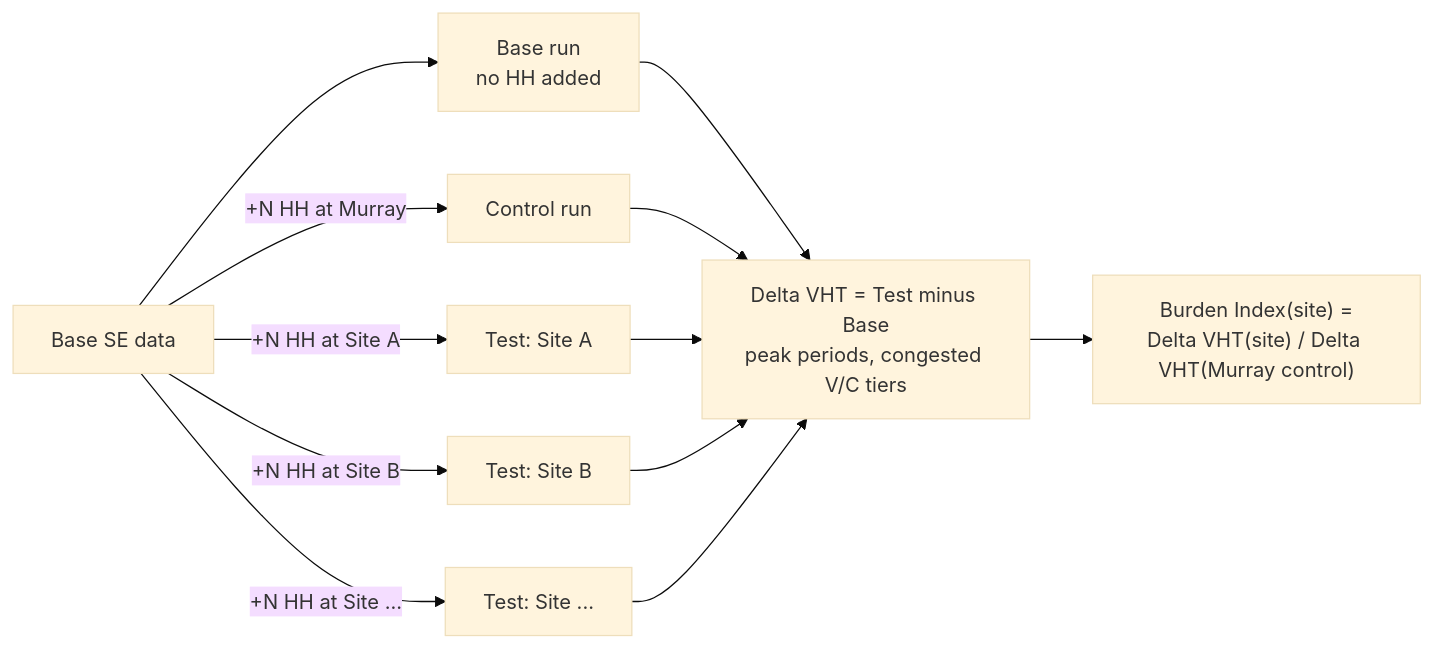
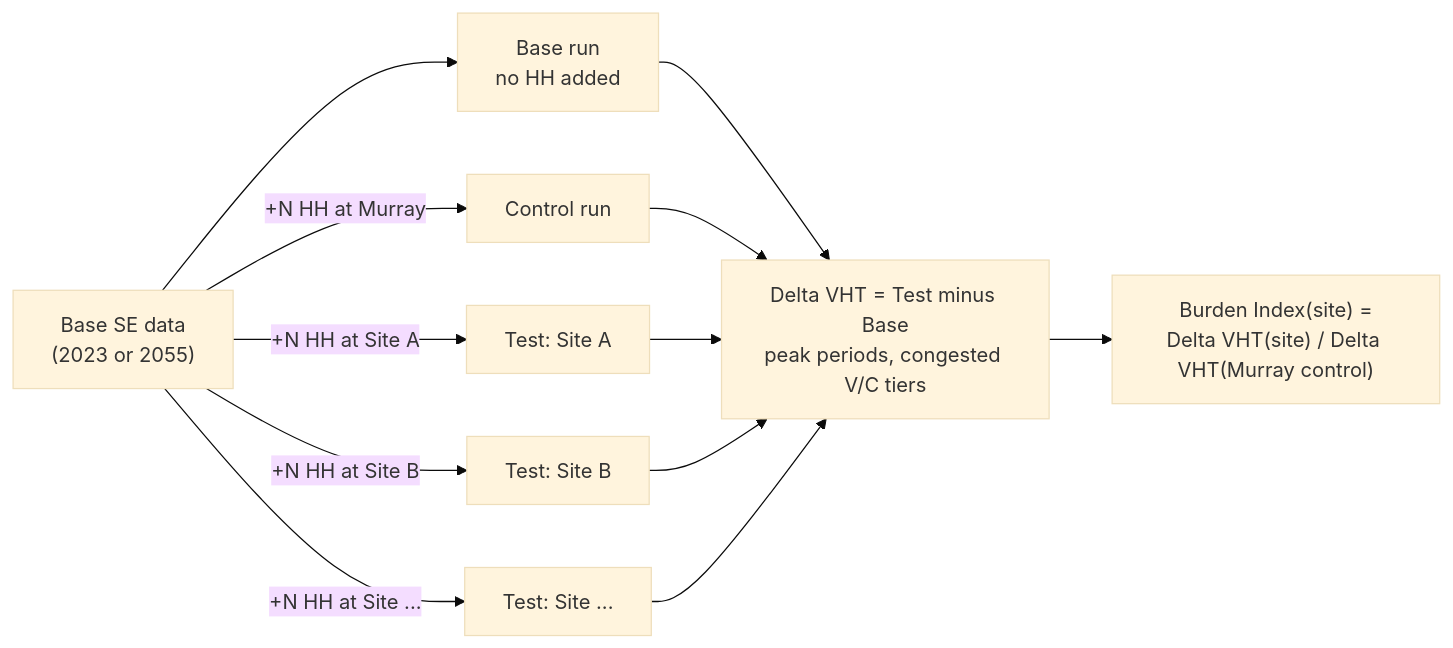
Before and after one commit to WFRCAnalytics/WF-TDM-Runs: the diagram in reports/run_sets/household-location-burden/scoping.qmd, drawn with Mermaid (base theme). The commit also changed other lines of this file and 1 other file, not shown here.

````diff
--- a/reports/run_sets/household-location-burden/scoping.qmd
+++ b/reports/run_sets/household-location-burden/scoping.qmd
@@ -74,16 +92,16 @@
 ```{mermaid}
 flowchart LR
-    SE["Base SE data"] --> Base["Base run<br/>no HH added"]
+    SE["Base SE data<br/>(2023 or 2055)"] --> Base["Base run<br/>no HH added"]
     SE -->|"+N HH at Murray"| Control["Control run"]
     SE -->|"+N HH at Site A"| SiteA["Test: Site A"]
     SE -->|"+N HH at Site B"| SiteB["Test: Site B"]
     SE -->|"+N HH at Site ..."| SiteN["Test: Site ..."]
 
     Base --> Metric["Delta VHT = Test minus Base<br/>peak periods, congested V/C tiers"]
     Control --> Metric
     SiteA --> Metric
     SiteB --> Metric
     SiteN --> Metric
 
     Metric --> Index["Burden Index(site) =<br/>Delta VHT(site) / Delta VHT(Murray control)"]
 ```
````
